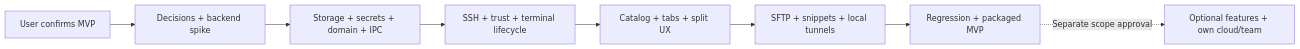
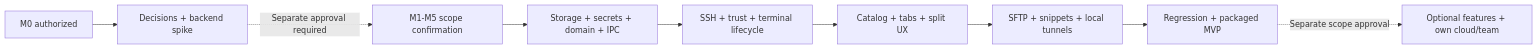
The diagram in docs/termius/implementation-plan.md (lkcreater/ssterm), drawn with Mermaid before and after one commit. The commit also changed other lines of this file and 12 other files, not shown here.

````diff
--- a/docs/termius/implementation-plan.md
+++ b/docs/termius/implementation-plan.md
@@ -21,10 +21,11 @@
 ```mermaid
 flowchart LR
-  C[User confirms MVP] --> M0[Decisions + backend spike]
-  M0 --> M1[Storage + secrets + domain + IPC]
+  C[M0 authorized] --> M0[Decisions + backend spike]
+  M0 -. Separate approval required .-> A[M1-M5 scope confirmation]
+  A --> M1[Storage + secrets + domain + IPC]
   M1 --> M2[SSH + trust + terminal lifecycle]
   M2 --> M3[Catalog + tabs + split UX]
   M3 --> M4[SFTP + snippets + local tunnels]
   M4 --> M5[Regression + packaged MVP]
   M5 -. Separate scope approval .-> Later[Optional features + own cloud/team]
 ```
````
